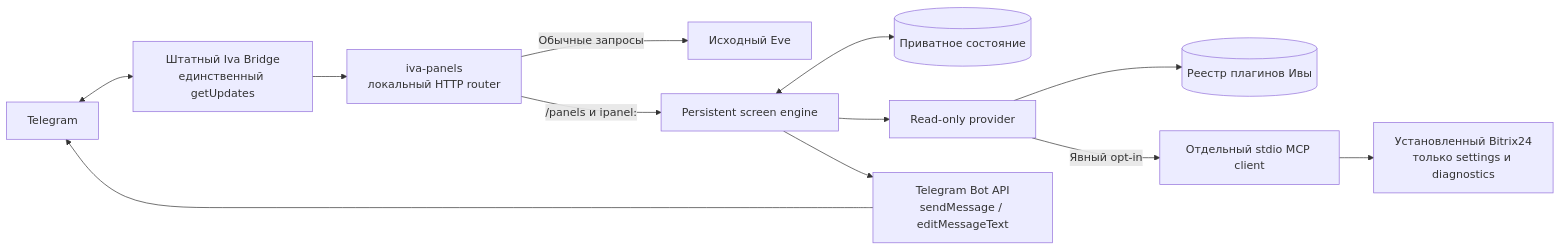
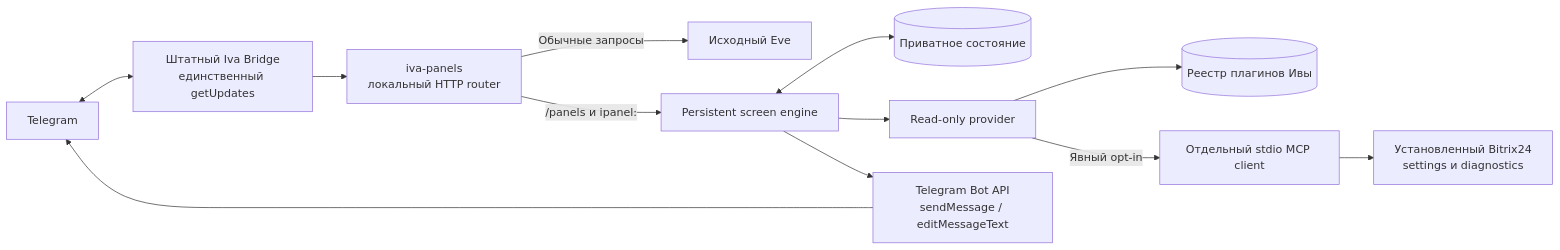
Before and after one commit to mamysh/iva-panels: the first of 2 diagrams in docs/ARCHITECTURE.md, drawn with Mermaid. The commit also changed other lines of this file and 22 other files, not shown here.

````diff
--- a/docs/ARCHITECTURE.md
+++ b/docs/ARCHITECTURE.md
@@ -5,18 +5,18 @@
 ```mermaid
 flowchart LR
     T[Telegram] <--> B[Штатный Iva Bridge
 единственный getUpdates]
     B --> R[iva-panels
 локальный HTTP router]
     R -->|Обычные запросы| E[Исходный Eve]
     R -->|/panels и ipanel:| S[Persistent screen engine]
     S <--> D[(Приватное состояние)]
     S --> P[Read-only provider]
     P --> I[(Реестр плагинов Ивы)]
     P -->|Явный opt-in| C[Отдельный stdio MCP client]
     C --> X[Установленный Bitrix24
-только settings и diagnostics]
+settings и diagnostics]
     S --> A[Telegram Bot API
 sendMessage / editMessageText]
     A --> T
 ```
````
